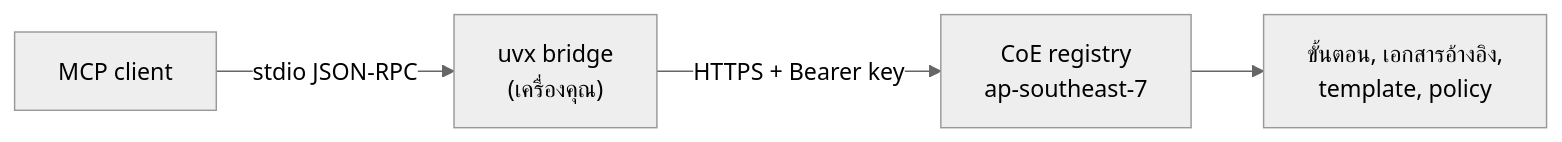
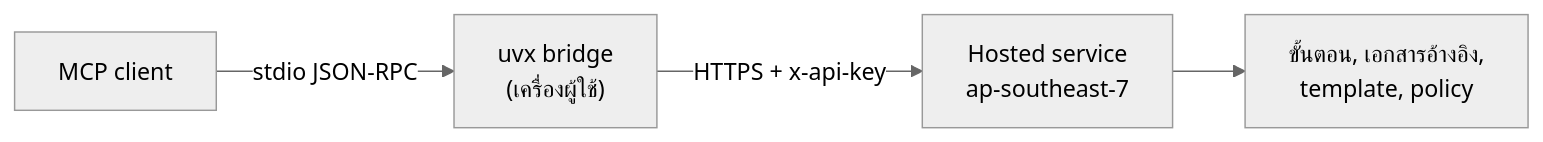
The diagram in README.th.md (AIDLC-KIRO/msclabs.agent-registry), drawn with Mermaid (neutral theme) before and after one commit. The commit also changed other lines of this file and 8 other files, not shown here.

````diff
--- a/README.th.md
+++ b/README.th.md
@@ -265,6 +179,6 @@
 ```mermaid
 flowchart LR
-  C[MCP client] -- stdio JSON-RPC --> B["uvx bridge<br/>(เครื่องคุณ)"]
-  B -- "HTTPS + Bearer key" --> R["CoE registry<br/>ap-southeast-7"]
+  C[MCP client] -- stdio JSON-RPC --> B["uvx bridge<br/>(เครื่องผู้ใช้)"]
+  B -- "HTTPS + x-api-key" --> R["Hosted service<br/>ap-southeast-7"]
   R --> W[ขั้นตอน, เอกสารอ้างอิง,<br/>template, policy]
 ```
````
